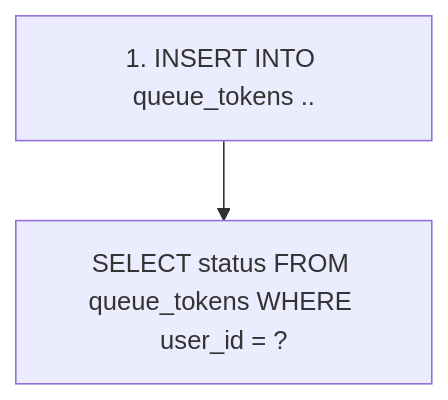
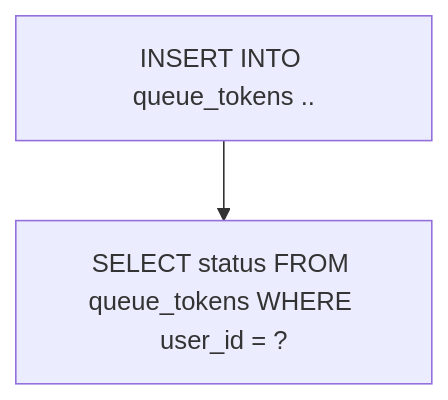
The third of 6 diagrams in docs/performance.md (boy672820/hhplus-server-concert), drawn with Mermaid before and after one commit. The commit also changed other lines of this file, not shown here.

Commit message:
mermaid 에러 수정

````diff
--- a/docs/performance.md
+++ b/docs/performance.md
@@ -297,5 +297,5 @@
 ```mermaid
 flowchart TD
 
-1[1. INSERT INTO queue_tokens ..]-->2[SELECT status FROM queue_tokens WHERE user_id = ?]
+1[INSERT INTO queue_tokens ..]-->2[SELECT status FROM queue_tokens WHERE user_id = ?]
 ```
````
